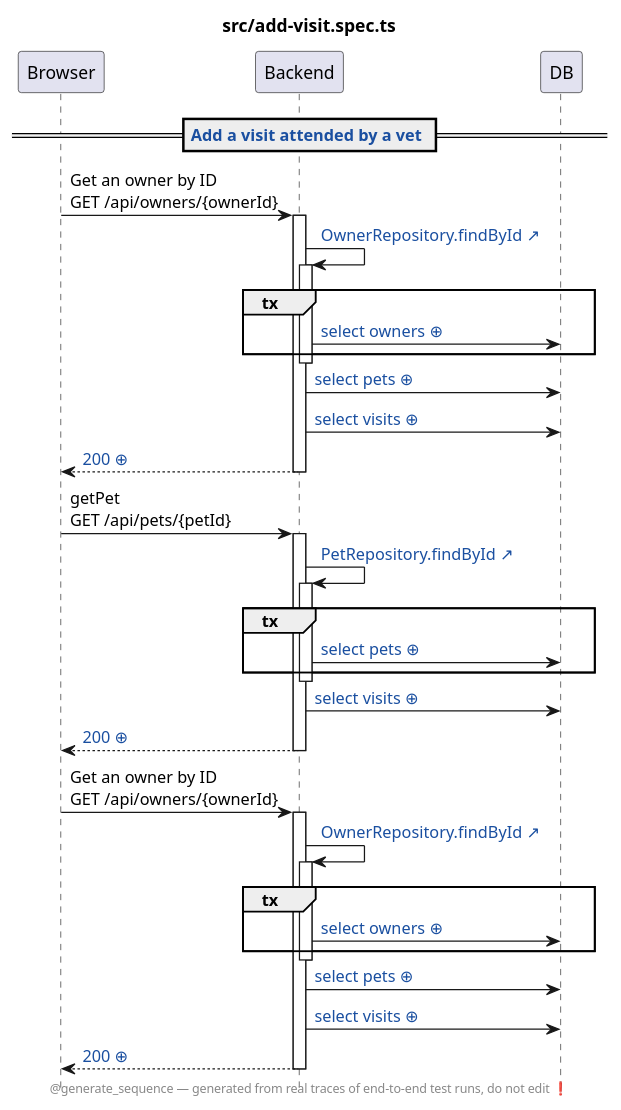
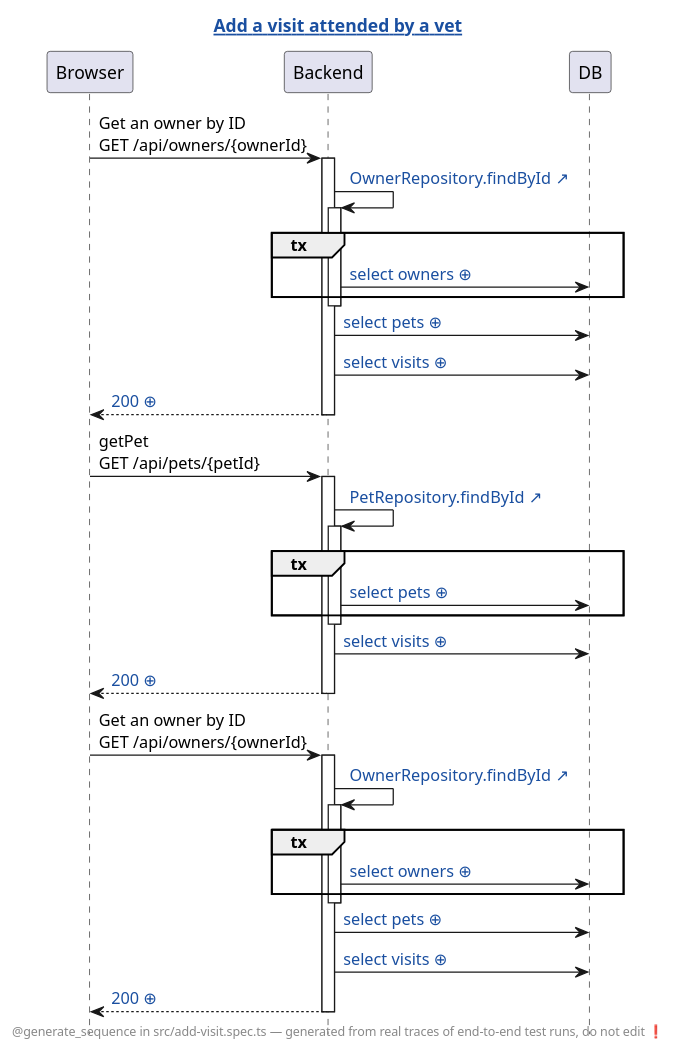
The diagram in petclinic-test/src/add-visit.spec.ts.add-a-visit-attended-by-a-vet.genseq.puml (victorrentea/petclinic), drawn with PlantUML before and after one commit. The commit also changed 14 other files, not shown here.

First line of the commit message:
genseq: the scenario names the picture, and @GenerateSequence marks one test

```diff
--- a/petclinic-test/src/add-visit.spec.ts.add-a-visit-attended-by-a-vet.genseq.puml
+++ b/petclinic-test/src/add-visit.spec.ts.add-a-visit-attended-by-a-vet.genseq.puml
@@ -1,47 +1,46 @@
 @startuml
 ' ⚠️  GENERATED FILE — DO NOT EDIT. Every edit is lost on the next run.
 hide footbox
 skinparam hyperlinkUnderline false
 skinparam hyperlinkColor #1A4FA0
-title src/add-visit.spec.ts
-footer @generate_sequence — generated from real traces of end-to-end test runs, do not edit ❗
+title [[src://petclinic-test/src/add-visit.spec.ts:52{Click to open the test} Add a visit attended by a vet]]
+footer @generate_sequence in src/add-visit.spec.ts — generated from real traces of end-to-end test runs, do not edit ❗
 participant Browser
 participant Backend
 participant DB
-== [[src://petclinic-test/src/add-visit.spec.ts:52{Click to open the test} Add a visit attended by a vet]] ==
 Browser -> Backend: Get an owner by ID\nGET /api/owners/{ownerId}
 activate Backend
 Backend -> Backend: [[src://petclinic-backend/src/main/java/victor/training/petclinic/repository/OwnerRepository.java:14{Click to open OwnerRepository.findById} OwnerRepository.findById ↗]]
 activate Backend
 group tx
 Backend -> DB: [[genseq://0x8aana{Click for the statement behind this call} select owners ⊕]]
 end
 deactivate Backend
 Backend -> DB: [[genseq://18567ho{Click for the statement behind this call} select pets ⊕]]
 Backend -> DB: [[genseq://13apewa{Click for the statement behind this call} select visits ⊕]]
 Backend --> Browser: [[genseq://0tvg3tn{Click for this call’s JSON body} 200 ⊕]]
 deactivate Backend
 Browser -> Backend: getPet\nGET /api/pets/{petId}
 activate Backend
 Backend -> Backend: [[src://petclinic-backend/src/main/java/victor/training/petclinic/repository/PetRepository.java:16{Click to open PetRepository.findById} PetRepository.findById ↗]]
 activate Backend
 group tx
 Backend -> DB: [[genseq://0y7w2ps{Click for the statement behind this call} select pets ⊕]]
 end
 deactivate Backend
 Backend -> DB: [[genseq://13apewa{Click for the statement behind this call} select visits ⊕]]
 Backend --> Browser: [[genseq://0ts0dcp{Click for this call’s JSON body} 200 ⊕]]
 deactivate Backend
 Browser -> Backend: Get an owner by ID\nGET /api/owners/{ownerId}
 activate Backend
 Backend -> Backend: [[src://petclinic-backend/src/main/java/victor/training/petclinic/repository/OwnerRepository.java:14{Click to open OwnerRepository.findById} OwnerRepository.findById ↗]]
 activate Backend
 group tx
 Backend -> DB: [[genseq://0x8aana{Click for the statement behind this call} select owners ⊕]]
 end
 deactivate Backend
 Backend -> DB: [[genseq://18567ho{Click for the statement behind this call} select pets ⊕]]
 Backend -> DB: [[genseq://13apewa{Click for the statement behind this call} select visits ⊕]]
 Backend --> Browser: [[genseq://0tvg3tn{Click for this call’s JSON body} 200 ⊕]]
 deactivate Backend
 @enduml
```
